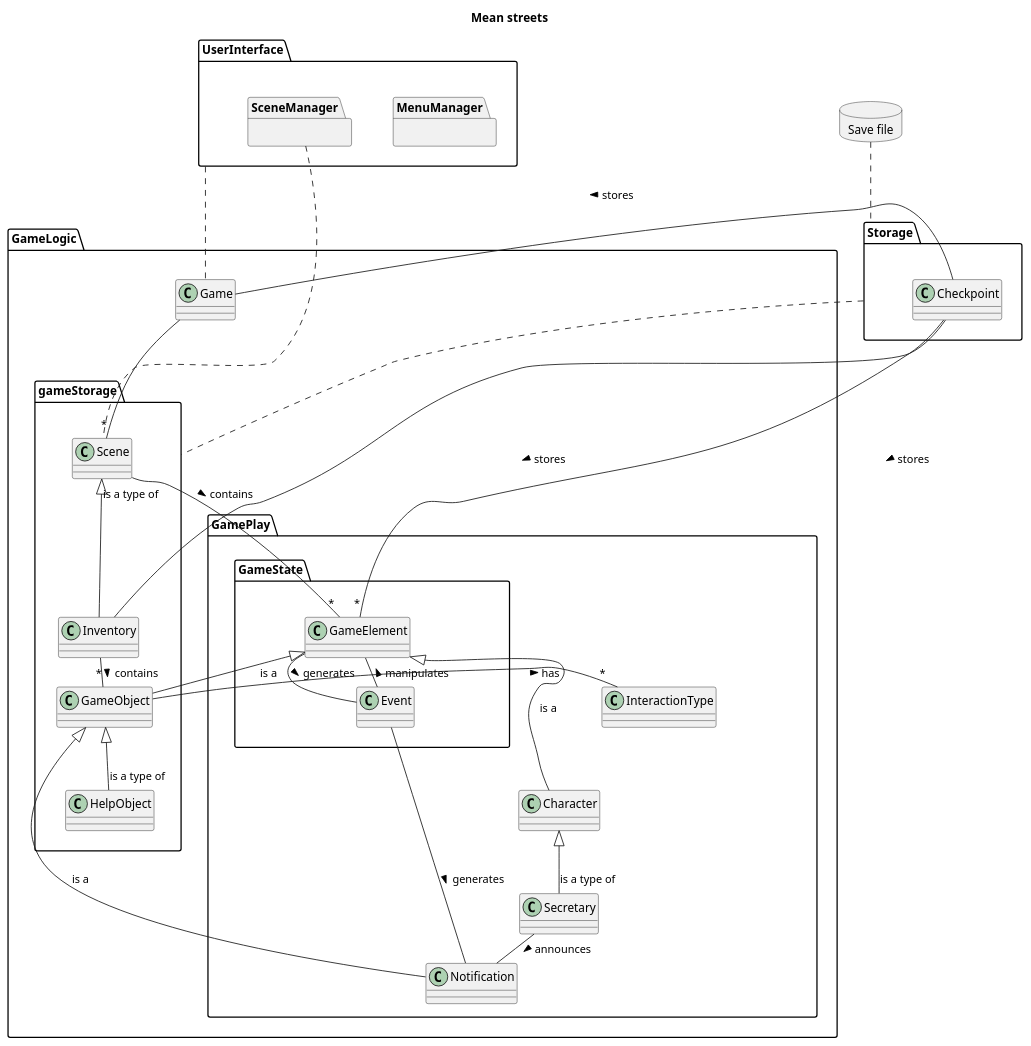
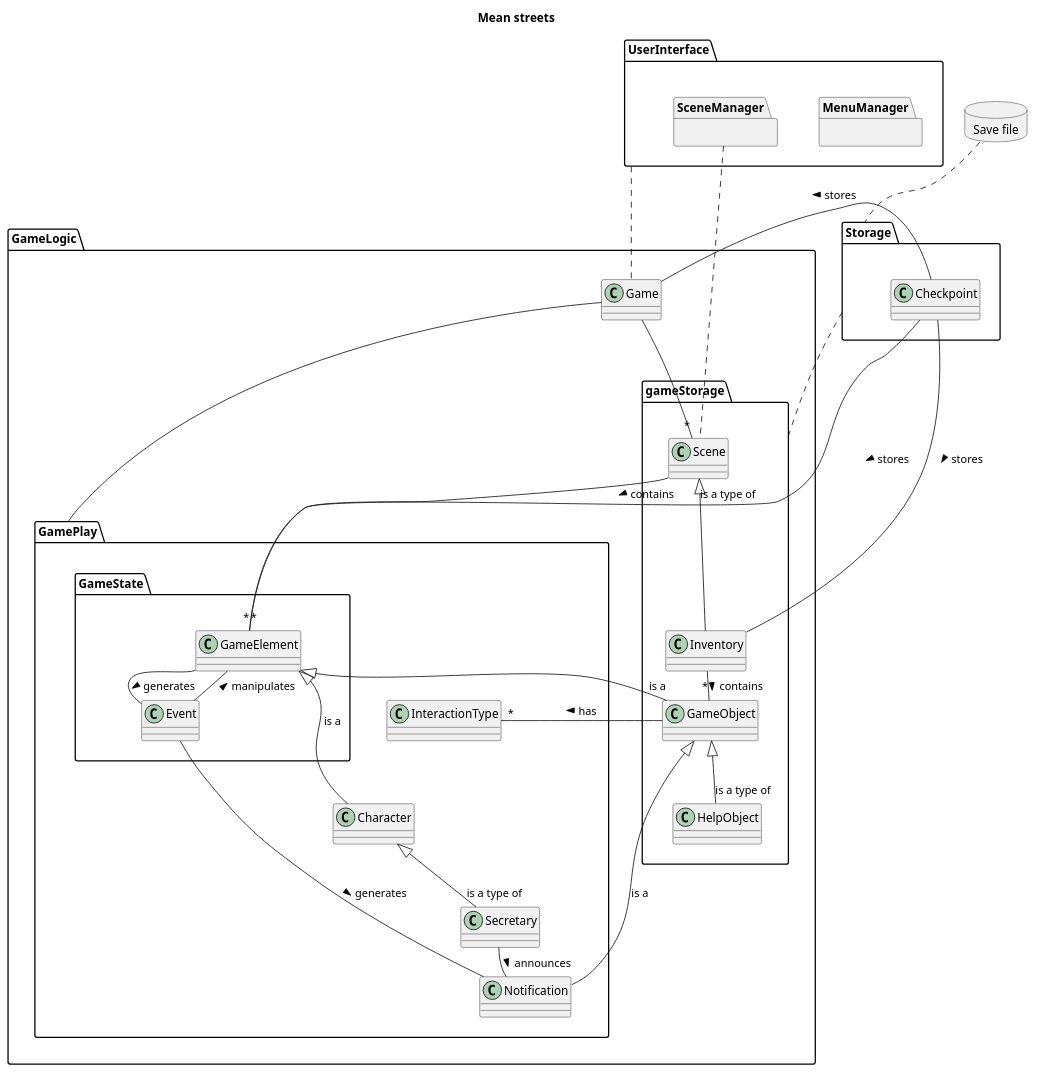
The diagram in architectDiagram.pu (NoahHakansson/SE-PA1460), drawn with PlantUML before and after one commit.

Commit message:
hopefully tihs fixes it

```diff
--- a/architectDiagram.pu
+++ b/architectDiagram.pu
@@ -1,73 +1,73 @@
 @startuml
 
 skinparam nodesep 50
 skinparam ranksep 10
 
 title Mean streets
 top to bottom direction
 database "Save file" {
 }
 package UserInterface {
     package MenuManager {}
     package SceneManager {}
 }
 
 package GameLogic {
     class Game
     package gameStorage {
         class Inventory
         class GameObject
         class HelpObject
         class Scene
     }
 
 
     package GamePlay {
         class InteractionType
         class Secretary
         class Character
         class Notification
         package GameState {
             class GameElement
             class Event
         }
     }
 }
 
 package Storage {
     class Checkpoint
 }
 
 "Save file".. Storage
 UserInterface .. Game
 SceneManager .. Scene
 Storage . gameStorage
 
 
 InteractionType -[hidden]up- GameState
 Character -[hidden]up- GameState
 Secretary -[hidden]up- GameState
 Notification -[hidden]up- GameState
 InteractionType -[hidden]down- Character
 
 'Game - gameStorage
-'Game - GamePlay
+Game - GamePlay
 
 Game -- "*" Scene
 Checkpoint -- "*" GameElement : stores >
 Checkpoint -- Inventory : stores >
 Checkpoint - Game : stores >
 Character <|-- Secretary : is a type of
 GameElement <|-- GameObject : is a
 GameElement <|-- Character : is a
 Scene - "*" GameElement : contains >
 Scene <|-- Inventory : is a type of
 Inventory -- "*" GameObject : contains >
 GameElement -- Event : generates >
 Event -- Notification : generates >
 Event -- GameElement : manipulates >
 Secretary -- Notification : announces >
 GameObject <|-- HelpObject : is a type of
 GameObject <|-- Notification : is a
 GameObject -- "*" InteractionType : has >
 @enduml
```
